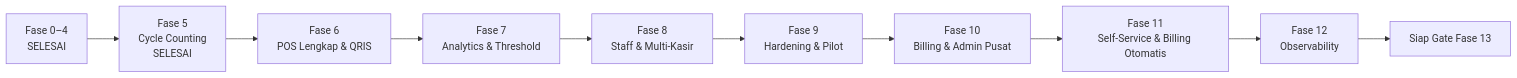
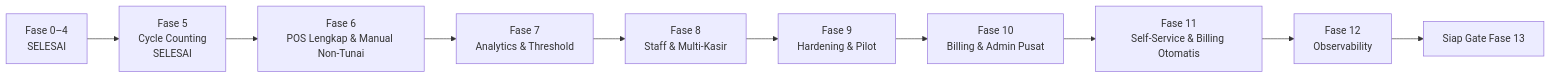
Before and after one commit to aulaHamidin/InventoryPos-Laravel12: the diagram in saas-contract-final-v1/master-plan-fase-5-12.md, drawn with Mermaid. The commit also changed other lines of this file and 70 other files, not shown here.

Commit message:
Complete-phase-6-manual-POS-payments

````diff
--- a/saas-contract-final-v1/master-plan-fase-5-12.md
+++ b/saas-contract-final-v1/master-plan-fase-5-12.md
@@ -41,12 +41,12 @@
 ```mermaid
 flowchart LR
     F04["Fase 0–4\nSELESAI"] --> F5["Fase 5\nCycle Counting\nSELESAI"]
-    F5 --> F6["Fase 6\nPOS Lengkap & QRIS"]
+    F5 --> F6["Fase 6\nPOS Lengkap & Manual Non-Tunai"]
     F6 --> F7["Fase 7\nAnalytics & Threshold"]
     F7 --> F8["Fase 8\nStaff & Multi-Kasir"]
     F8 --> F9["Fase 9\nHardening & Pilot"]
     F9 --> F10["Fase 10\nBilling & Admin Pusat"]
     F10 --> F11["Fase 11\nSelf-Service & Billing Otomatis"]
     F11 --> F12["Fase 12\nObservability"]
     F12 --> READY["Siap Gate Fase 13"]
 ```
````
